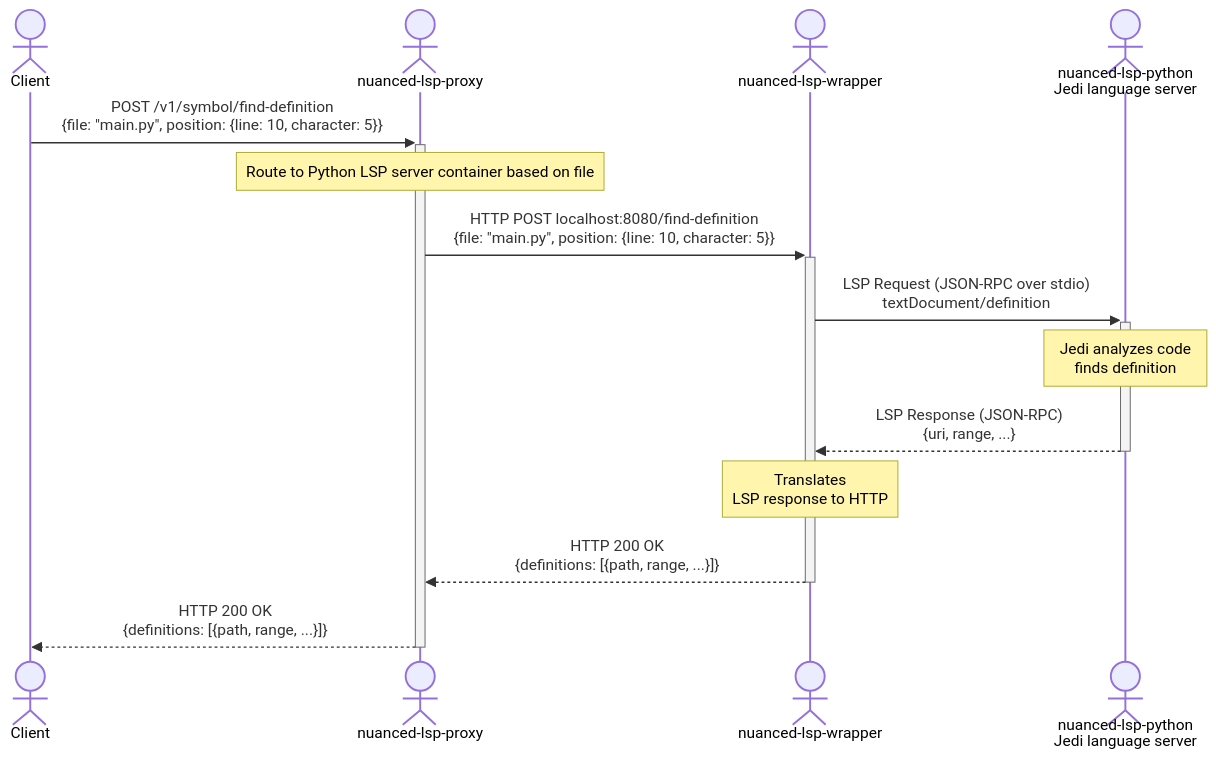
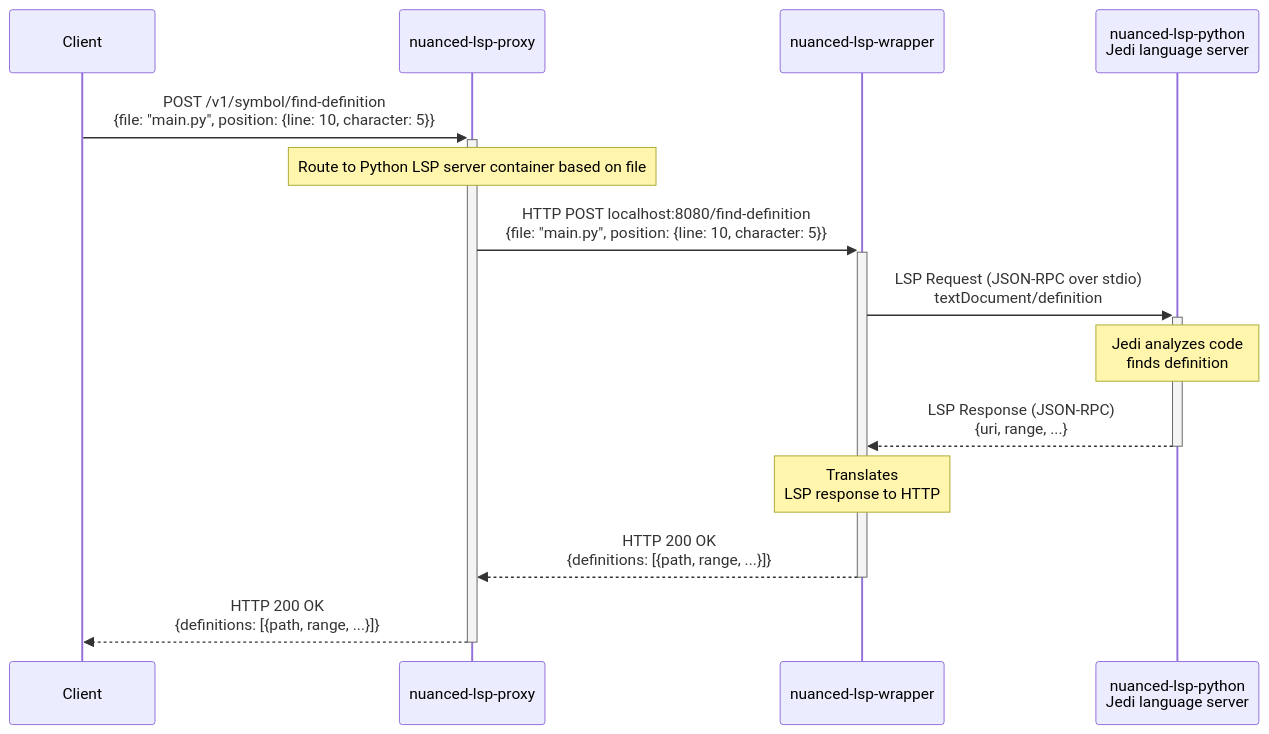
One commit to nuanced-dev/lsproxy changed the fourth of 4 diagrams in docs/architecture.md. Above: the diagram before and after it, drawn with Mermaid.

Commit message:
Restore participants

````diff
--- a/docs/architecture.md
+++ b/docs/architecture.md
@@ -137,17 +137,17 @@
 ```mermaid
 sequenceDiagram
-    actor Client
-    actor Proxy as nuanced-lsp-proxy
-    actor Wrapper as nuanced-lsp-wrapper
-    actor Python as nuanced-lsp-python<br />Jedi language server
+    participant Client
+    participant Proxy as nuanced-lsp-proxy
+    participant Wrapper as nuanced-lsp-wrapper
+    participant Python as nuanced-lsp-python<br />Jedi language server
 
     Client->>+Proxy: POST /v1/symbol/find-definition<br/>{file: "main.py", position: {line: 10, character: 5}}
     Note over Proxy: Route to Python LSP server container based on file
     Proxy->>+Wrapper: HTTP POST localhost:8080/find-definition<br/>{file: "main.py", position: {line: 10, character: 5}}
     Wrapper->>+Python: LSP Request (JSON-RPC over stdio)<br/>textDocument/definition
     Note over Python: Jedi analyzes code<br/>finds definition
     Python-->>-Wrapper: LSP Response (JSON-RPC)<br/>{uri, range, ...}
     Note over Wrapper: Translates<br/>LSP response to HTTP
     Wrapper-->>-Proxy: HTTP 200 OK<br/>{definitions: [{path, range, ...}]}
     Proxy-->>-Client: HTTP 200 OK<br/>{definitions: [{path, range, ...}]}
 ```
````
